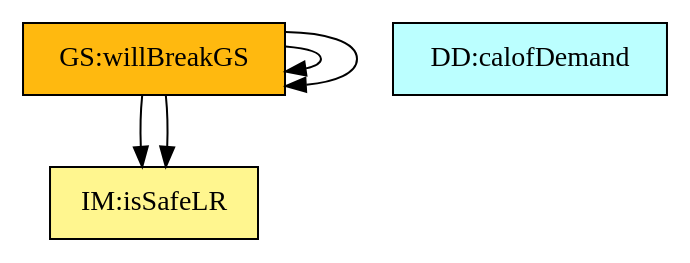
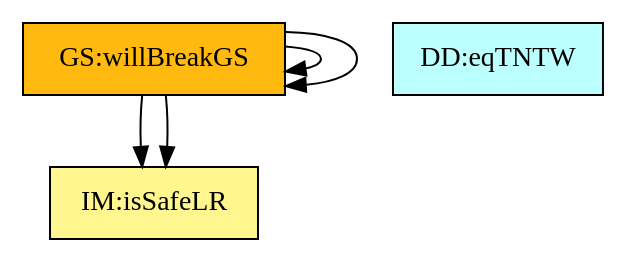
One commit to JacquesCarette/Drasil changed the diagram in code/stable/glassbr/TraceyGraph/allvsr.dot. Above: the diagram before and after it, drawn with Graphviz. The commit also changed 25 other files, not shown here.

```diff
--- a/code/stable/glassbr/TraceyGraph/allvsr.dot
+++ b/code/stable/glassbr/TraceyGraph/allvsr.dot
@@ -1,84 +1,82 @@
 digraph allvsr {
 	instance:outputValsAndKnownValues -> instance:inputValues;
 	instance:outputValsAndKnownValues -> instance:sysSetValsFollowingAssumps;
 	instance:checkGlassSafety -> theory:isSafePb;
 	instance:checkGlassSafety -> theory:isSafeLR;
 
 
 	instance:assumpGT	[shape=box, color=black, style=filled, fillcolor=mistyrose, label="A:assumpGT"];
 	instance:assumpGC	[shape=box, color=black, style=filled, fillcolor=mistyrose, label="A:assumpGC"];
 	instance:assumpES	[shape=box, color=black, style=filled, fillcolor=mistyrose, label="A:assumpES"];
 	instance:assumpSV	[shape=box, color=black, style=filled, fillcolor=mistyrose, label="A:assumpSV"];
 	instance:assumpGL	[shape=box, color=black, style=filled, fillcolor=mistyrose, label="A:assumpGL"];
 	instance:assumpBC	[shape=box, color=black, style=filled, fillcolor=mistyrose, label="A:assumpBC"];
 	instance:assumpRT	[shape=box, color=black, style=filled, fillcolor=mistyrose, label="A:assumpRT"];
 	instance:assumpLDFC	[shape=box, color=black, style=filled, fillcolor=mistyrose, label="A:assumpLDFC"];
 
 	subgraph A {
 	rank="same"
 	{instance:assumpGT, instance:assumpGC, instance:assumpES, instance:assumpSV, instance:assumpGL, instance:assumpBC, instance:assumpRT, instance:assumpLDFC}
 	}
 
 	dataDefn:minThick	[shape=box, color=black, style=filled, fillcolor=paleturquoise1, label="DD:minThick"];
 	dataDefn:loadDurFactor	[shape=box, color=black, style=filled, fillcolor=paleturquoise1, label="DD:loadDurFactor"];
 	dataDefn:glassTypeFac	[shape=box, color=black, style=filled, fillcolor=paleturquoise1, label="DD:gTF"];
 	dataDefn:stdOffDist	[shape=box, color=black, style=filled, fillcolor=paleturquoise1, label="DD:standOffDist"];
 	dataDefn:aR	[shape=box, color=black, style=filled, fillcolor=paleturquoise1, label="DD:aspectRatio"];
 	dataDefn:eqTNTChar	[shape=box, color=black, style=filled, fillcolor=paleturquoise1, label="DD:eqTNTW"];
-	dataDefn:demandq	[shape=box, color=black, style=filled, fillcolor=paleturquoise1, label="DD:calofDemand"];
 
 	subgraph DD {
 	rank="same"
-	{dataDefn:minThick, dataDefn:loadDurFactor, dataDefn:glassTypeFac, dataDefn:stdOffDist, dataDefn:aR, dataDefn:eqTNTChar, dataDefn:demandq}
+	{dataDefn:minThick, dataDefn:loadDurFactor, dataDefn:glassTypeFac, dataDefn:stdOffDist, dataDefn:aR, dataDefn:eqTNTChar}
 	}
 
 	theory:isSafeProb	[shape=box, color=black, style=filled, fillcolor=pink, label="TM:isSafeProb"];
 	theory:isSafeLoad	[shape=box, color=black, style=filled, fillcolor=pink, label="TM:isSafeLoad"];
 
 	subgraph TM {
 	rank="same"
 	{theory:isSafeProb, theory:isSafeLoad}
 	}
 
 	theory:riskFun	[shape=box, color=black, style=filled, fillcolor=khaki1, label="IM:riskFun"];
-	theory:stressDistFac	[shape=box, color=black, style=filled, fillcolor=khaki1, label="IM:stressDistFac"];
 	theory:nFL	[shape=box, color=black, style=filled, fillcolor=khaki1, label="IM:nFL"];
 	theory:dimlessLoad	[shape=box, color=black, style=filled, fillcolor=khaki1, label="IM:dimlessLoad"];
 	theory:tolLoad	[shape=box, color=black, style=filled, fillcolor=khaki1, label="IM:tolLoad"];
 	theory:sdfTol	[shape=box, color=black, style=filled, fillcolor=khaki1, label="IM:sdfTol"];
 	theory:probBr	[shape=box, color=black, style=filled, fillcolor=khaki1, label="IM:probOfBreak"];
 	theory:lResistance	[shape=box, color=black, style=filled, fillcolor=khaki1, label="IM:calofCapacity"];
 	theory:isSafePb	[shape=box, color=black, style=filled, fillcolor=khaki1, label="IM:isSafePb"];
 	theory:isSafeLR	[shape=box, color=black, style=filled, fillcolor=khaki1, label="IM:isSafeLR"];
 
 	subgraph IM {
 	rank="same"
-	{theory:riskFun, theory:stressDistFac, theory:nFL, theory:dimlessLoad, theory:tolLoad, theory:sdfTol, theory:probBr, theory:lResistance, theory:isSafePb, theory:isSafeLR}
+	{theory:riskFun, theory:nFL, theory:dimlessLoad, theory:tolLoad, theory:sdfTol, theory:probBr, theory:lResistance, theory:isSafePb, theory:isSafeLR}
 	}
 
 	instance:inputValues	[shape=box, color=black, style=filled, fillcolor=ivory, label="FR:inputValues"];
 	instance:sysSetValsFollowingAssumps	[shape=box, color=black, style=filled, fillcolor=ivory, label="FR:sysSetValsFollowingAssumps"];
 	instance:checkInputWithDataCons	[shape=box, color=black, style=filled, fillcolor=ivory, label="FR:checkInputWithDataCons"];
 	instance:outputValsAndKnownValues	[shape=box, color=black, style=filled, fillcolor=ivory, label="FR:outputValsAndKnownValues"];
 	instance:checkGlassSafety	[shape=box, color=black, style=filled, fillcolor=ivory, label="FR:checkGlassSafety"];
 	instance:outputValues	[shape=box, color=black, style=filled, fillcolor=ivory, label="FR:outputValues"];
 	instance:correct	[shape=box, color=black, style=filled, fillcolor=ivory, label="NFR:correct"];
 	instance:verifiable	[shape=box, color=black, style=filled, fillcolor=ivory, label="NFR:verifiable"];
 	instance:understandable	[shape=box, color=black, style=filled, fillcolor=ivory, label="NFR:understandable"];
 	instance:reusable	[shape=box, color=black, style=filled, fillcolor=ivory, label="NFR:reusable"];
 	instance:maintainable	[shape=box, color=black, style=filled, fillcolor=ivory, label="NFR:maintainable"];
 	instance:portable	[shape=box, color=black, style=filled, fillcolor=ivory, label="NFR:portable"];
 
 	subgraph FR {
 	rank="same"
 	{instance:inputValues, instance:sysSetValsFollowingAssumps, instance:checkInputWithDataCons, instance:outputValsAndKnownValues, instance:checkGlassSafety, instance:outputValues, instance:correct, instance:verifiable, instance:understandable, instance:reusable, instance:maintainable, instance:portable}
 	}
 
 	instance:willBreakGS	[shape=box, color=black, style=filled, fillcolor=darkgoldenrod1, label="GS:willBreakGS"];
 
 	subgraph GS {
 	rank="same"
 	{instance:willBreakGS}
 	}
 
 }
```
